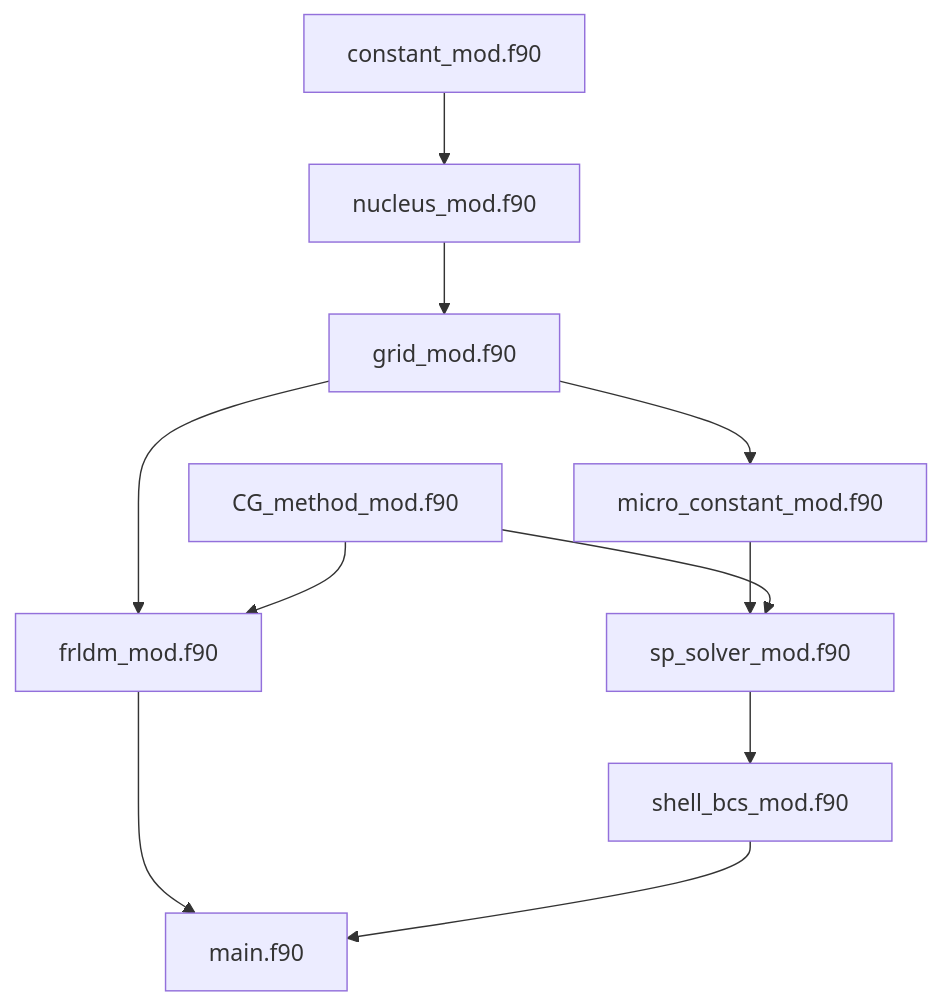
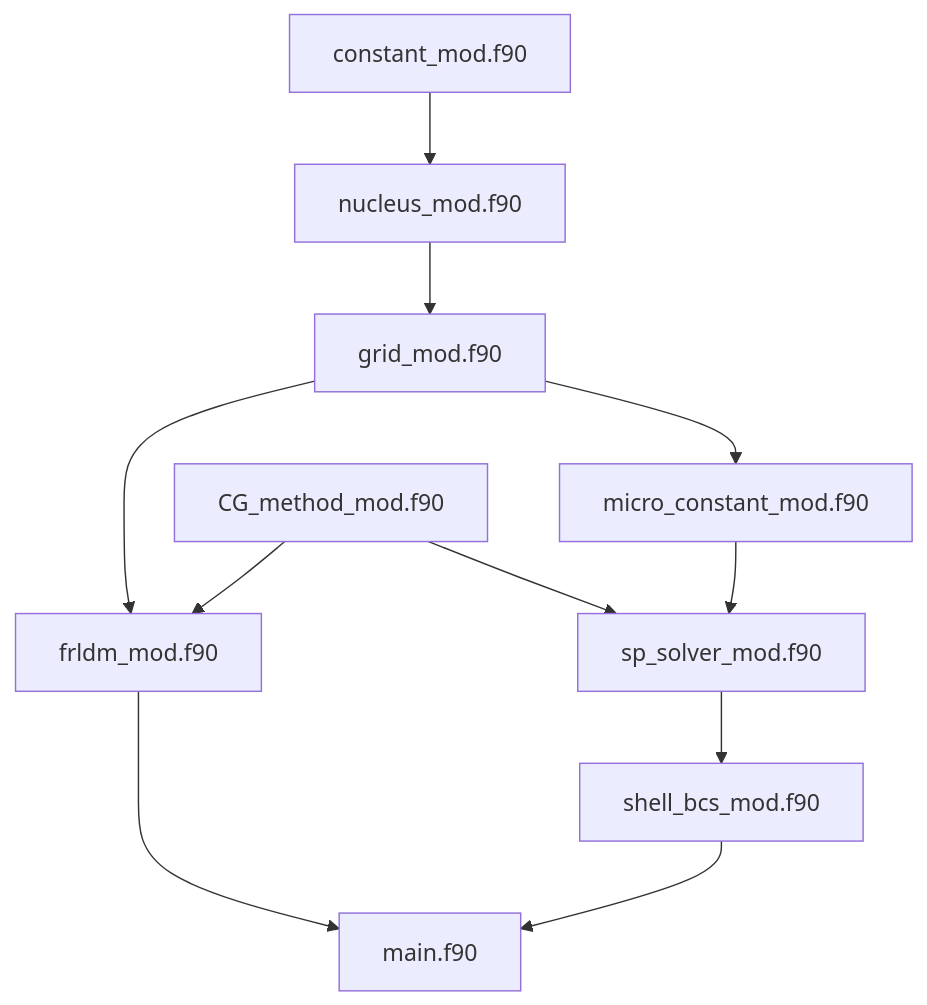
The diagram in README.md (tanamarugithuber/Microscopic-Macroscopic-), drawn with Mermaid before and after one commit. The commit also changed other lines of this file, not shown here.

````diff
--- a/README.md
+++ b/README.md
@@ -23,14 +23,14 @@
 ```mermaid
 graph TD;
     constant_mod.f90-->nucleus_mod.f90;
     nucleus_mod.f90-->grid_mod.f90;
     grid_mod.f90-->frldm_mod.f90;
-    CG_method_mod.f90-->frldm_mod.f90;
     grid_mod.f90-->micro_constant_mod.f90;
     micro_constant_mod.f90-->sp_solver_mod.f90
+    CG_method_mod.f90-->frldm_mod.f90;
     CG_method_mod.f90-->sp_solver_mod.f90
     sp_solver_mod.f90-->shell_bcs_mod.f90
     frldm_mod.f90-->main.f90
     shell_bcs_mod.f90-->main.f90
 
 ```
````
